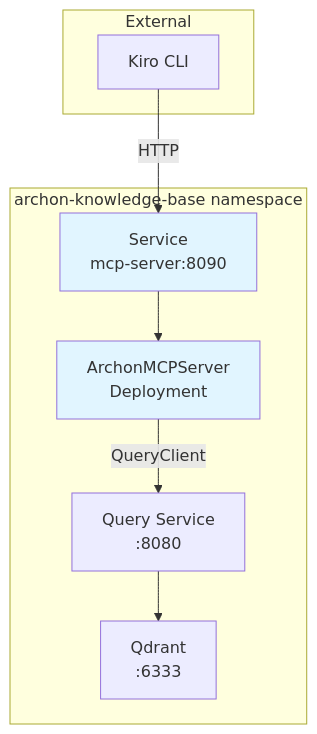
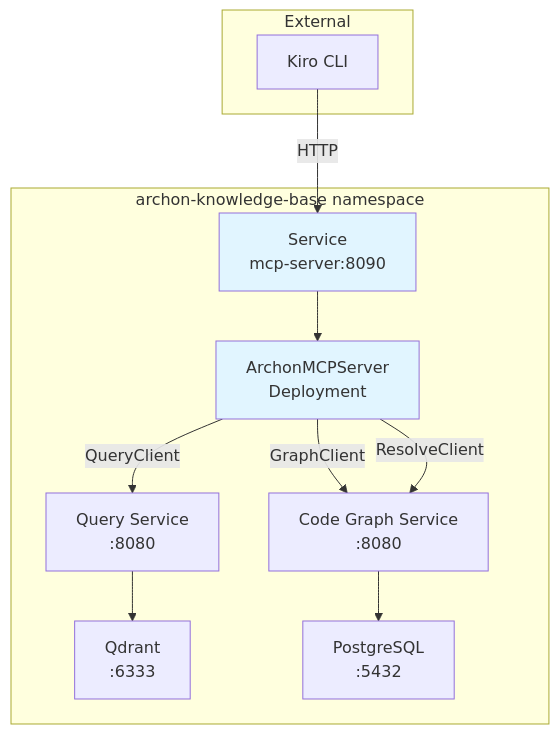
One commit to bdchatham/ArchonMCPServer changed the sixth of 6 diagrams in .kiro/docs/architecture.md. Above: the diagram before and after it, drawn with Mermaid. The commit also changed other lines of this file and 43 other files, not shown here.

````diff
--- a/.kiro/docs/architecture.md
+++ b/.kiro/docs/architecture.md
@@ -227,21 +386,26 @@
 ```mermaid
 graph TD
     subgraph "archon-knowledge-base namespace"
         A[ArchonMCPServer<br/>Deployment]
         B[Service<br/>mcp-server:8090]
         C[Query Service<br/>:8080]
         D[Qdrant<br/>:6333]
+        E[Code Graph Service<br/>:8080]
+        F[PostgreSQL<br/>:5432]
     end
     
     subgraph "External"
-        E[Kiro CLI]
+        G[Kiro CLI]
     end
     
-    E -->|HTTP| B
+    G -->|HTTP| B
     B --> A
     A -->|QueryClient| C
+    A -->|GraphClient| E
+    A -->|ResolveClient| E
     C --> D
+    E --> F
     
     style A fill:#e1f5ff
     style B fill:#e1f5ff
 ```
````
